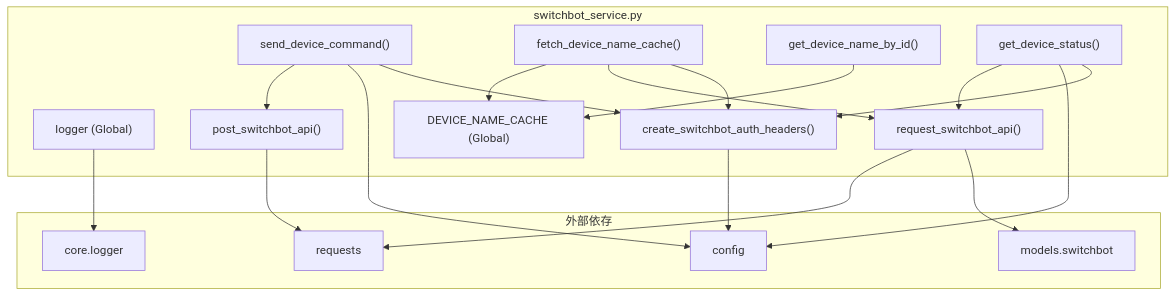
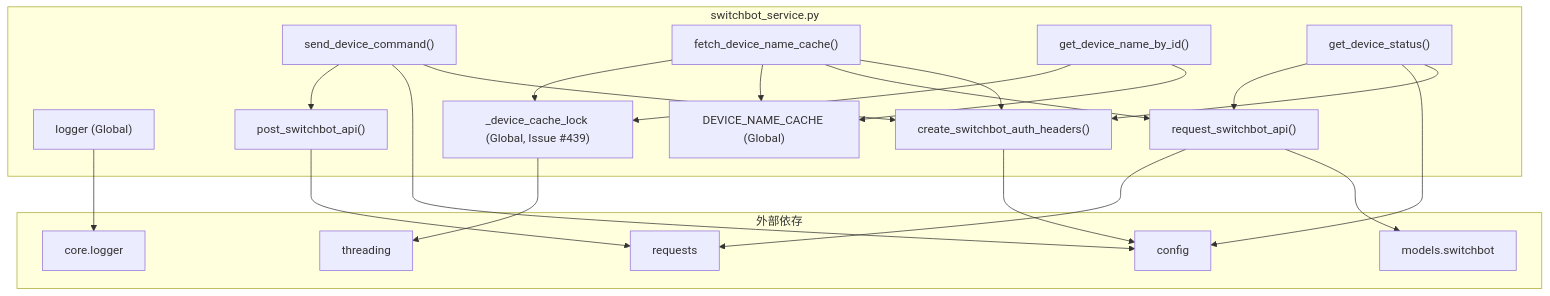
Before and after one commit to mmtigers/my_python_project: the second of 2 diagrams in docs/specifications/MY_HOME_SYSTEM/switchbot_service.md, drawn with Mermaid. The commit also changed other lines of this file and 87 other files, not shown here.

````diff
--- a/docs/specifications/MY_HOME_SYSTEM/switchbot_service.md
+++ b/docs/specifications/MY_HOME_SYSTEM/switchbot_service.md
@@ -253,42 +254,47 @@
 ```mermaid
 graph TD
     subgraph "switchbot_service.py"
         logger["logger (Global)"]
         DEVICE_NAME_CACHE["DEVICE_NAME_CACHE (Global)"]
+        device_cache_lock["_device_cache_lock (Global, Issue #439)"]
         request_switchbot_api["request_switchbot_api()"]
         post_switchbot_api["post_switchbot_api()"]
         send_device_command["send_device_command()"]
         create_switchbot_auth_headers["create_switchbot_auth_headers()"]
         fetch_device_name_cache["fetch_device_name_cache()"]
         get_device_name_by_id["get_device_name_by_id()"]
         get_device_status["get_device_status()"]
     end
 
     subgraph "外部依存"
         config["config"]
         core_logger["core.logger"]
         models_switchbot["models.switchbot"]
         requests["requests"]
+        threading_mod["threading"]
     end
 
     logger --> core_logger
     create_switchbot_auth_headers --> config
     request_switchbot_api --> models_switchbot
     request_switchbot_api --> requests
     post_switchbot_api --> requests
 
     send_device_command --> create_switchbot_auth_headers
     send_device_command --> config
     send_device_command --> post_switchbot_api
 
     fetch_device_name_cache --> create_switchbot_auth_headers
     fetch_device_name_cache --> request_switchbot_api
     fetch_device_name_cache --> DEVICE_NAME_CACHE
+    fetch_device_name_cache --> device_cache_lock
 
     get_device_name_by_id --> DEVICE_NAME_CACHE
+    get_device_name_by_id --> device_cache_lock
+    device_cache_lock --> threading_mod
 
     get_device_status --> create_switchbot_auth_headers
     get_device_status --> config
     get_device_status --> request_switchbot_api
 
 ```
````
